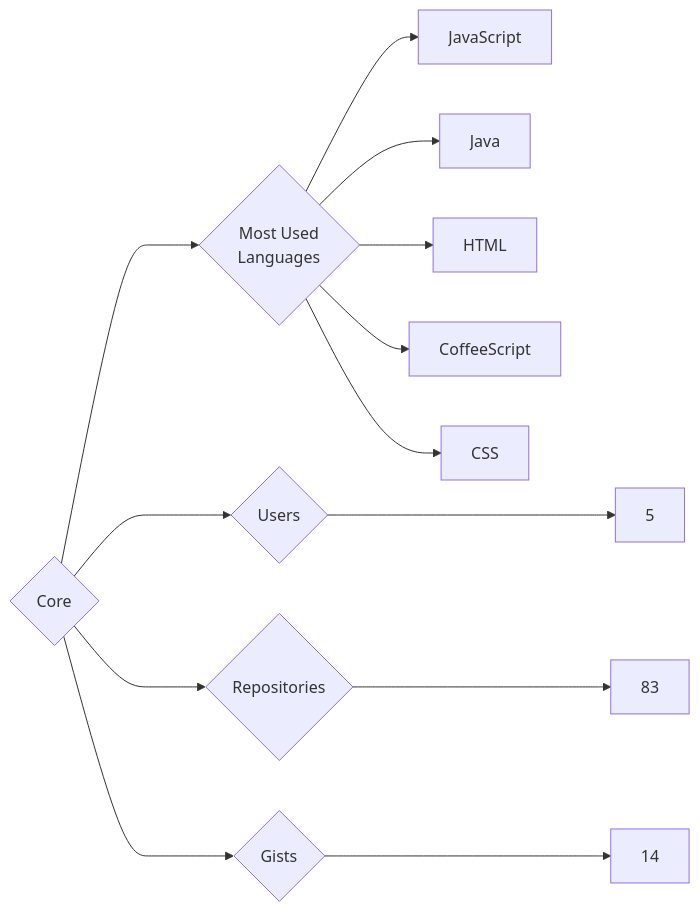
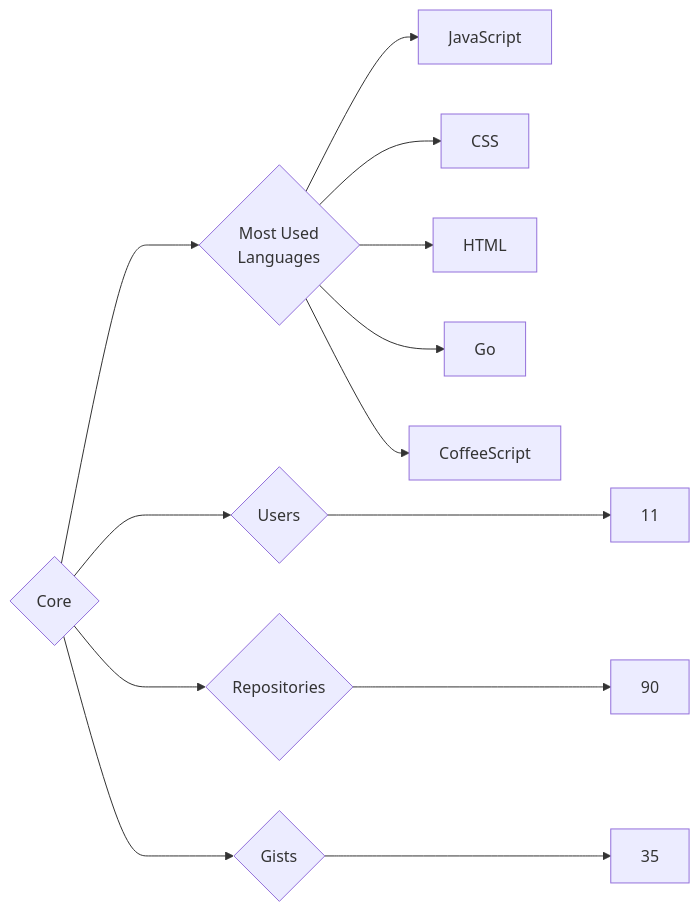
One commit to trickest/insiders changed the diagram in targets/Core/README.md. Above: the diagram before and after it, drawn with Mermaid. The commit also changed 865 other files, not shown here.

````diff
--- a/targets/Core/README.md
+++ b/targets/Core/README.md
@@ -3,13 +3,13 @@
 ```mermaid
 graph LR
 COMPANY_NAME{Core}
-COMPANY_NAME ---> U{Users} ---> UN[5]
-COMPANY_NAME ---> R{Repositories} ---> RN[83]
-COMPANY_NAME ---> G{Gists} ---> GN[14]
+COMPANY_NAME ---> U{Users} ---> UN[11]
+COMPANY_NAME ---> R{Repositories} ---> RN[90]
+COMPANY_NAME ---> G{Gists} ---> GN[35]
 COMPANY_NAME ---> ML{Most Used<br>Languages}
 ML --> JavaScript[JavaScript]
-ML --> Java[Java]
+ML --> CSS[CSS]
 ML --> HTML[HTML]
+ML --> Go[Go]
 ML --> CoffeeScript[CoffeeScript]
-ML --> CSS[CSS]
 ```
````
